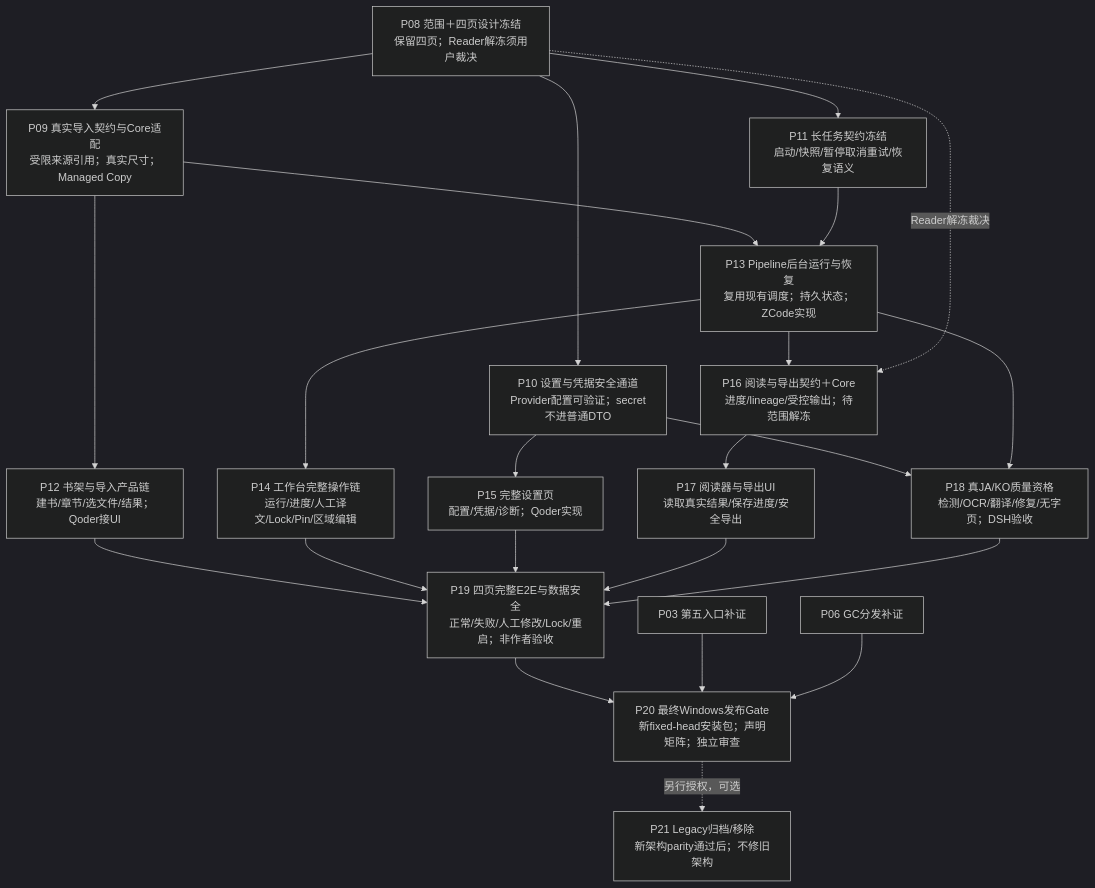
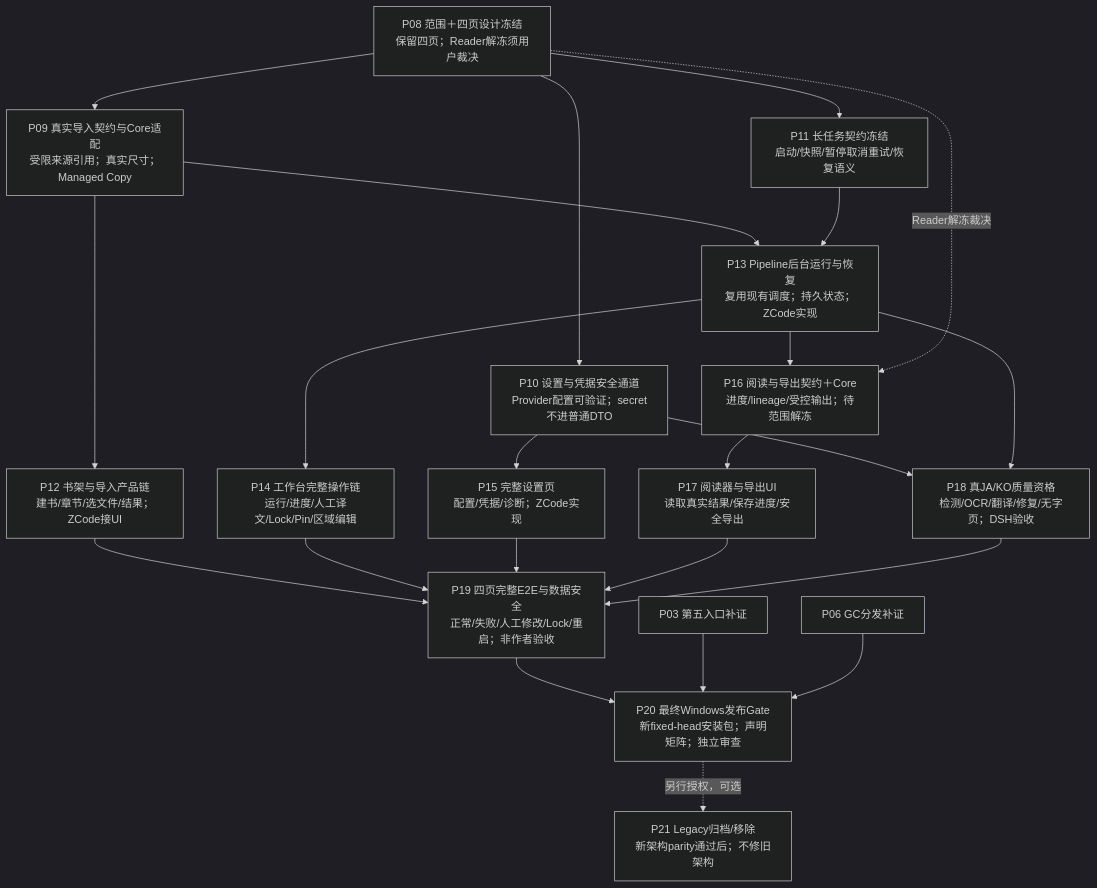
The third of 4 diagrams in verification/PROJECT-ROADMAP-20261008/ROADMAP.md (peakwheat-pixel/New-Manga), drawn with Mermaid (dark theme) before and after one commit. The commit also changed other lines of this file and 10 other files, not shown here.

````diff
--- a/verification/PROJECT-ROADMAP-20261008/ROADMAP.md
+++ b/verification/PROJECT-ROADMAP-20261008/ROADMAP.md
@@ -40,25 +42,25 @@
 ```mermaid
 flowchart TB
   P08["P08 范围＋四页设计冻结<br/>保留四页；Reader解冻须用户裁决"] --> P09["P09 真实导入契约与Core适配<br/>受限来源引用；真实尺寸；Managed Copy"]
   P08 --> P10["P10 设置与凭据安全通道<br/>Provider配置可验证；secret不进普通DTO"]
   P08 --> P11["P11 长任务契约冻结<br/>启动/快照/暂停取消重试/恢复语义"]
-  P09 --> P12["P12 书架与导入产品链<br/>建书/章节/选文件/结果；Qoder接UI"]
+  P09 --> P12["P12 书架与导入产品链<br/>建书/章节/选文件/结果；ZCode接UI"]
   P09 --> P13["P13 Pipeline后台运行与恢复<br/>复用现有调度；持久状态；ZCode实现"]
   P11 --> P13
   P13 --> P14["P14 工作台完整操作链<br/>运行/进度/人工译文/Lock/Pin/区域编辑"]
-  P10 --> P15["P15 完整设置页<br/>配置/凭据/诊断；Qoder实现"]
+  P10 --> P15["P15 完整设置页<br/>配置/凭据/诊断；ZCode实现"]
   P13 --> P16["P16 阅读与导出契约＋Core<br/>进度/lineage/受控输出；待范围解冻"]
   P08 -. "Reader解冻裁决" .-> P16
   P16 --> P17["P17 阅读器与导出UI<br/>读取真实结果/保存进度/安全导出"]
   P10 --> P18["P18 真JA/KO质量资格<br/>检测/OCR/翻译/修复/无字页；DSH验收"]
   P13 --> P18
   P12 --> P19["P19 四页完整E2E与数据安全<br/>正常/失败/人工修改/Lock/重启；非作者验收"]
   P14 --> P19
   P15 --> P19
   P17 --> P19
   P18 --> P19
   P19 --> P20["P20 最终Windows发布Gate<br/>新fixed-head安装包；声明矩阵；独立审查"]
   P03["P03 第五入口补证"] --> P20
   P06["P06 GC分发补证"] --> P20
   P20 -. "另行授权，可选" .-> P21["P21 Legacy归档/移除<br/>新架构parity通过后；不修旧架构"]
 ```
````
